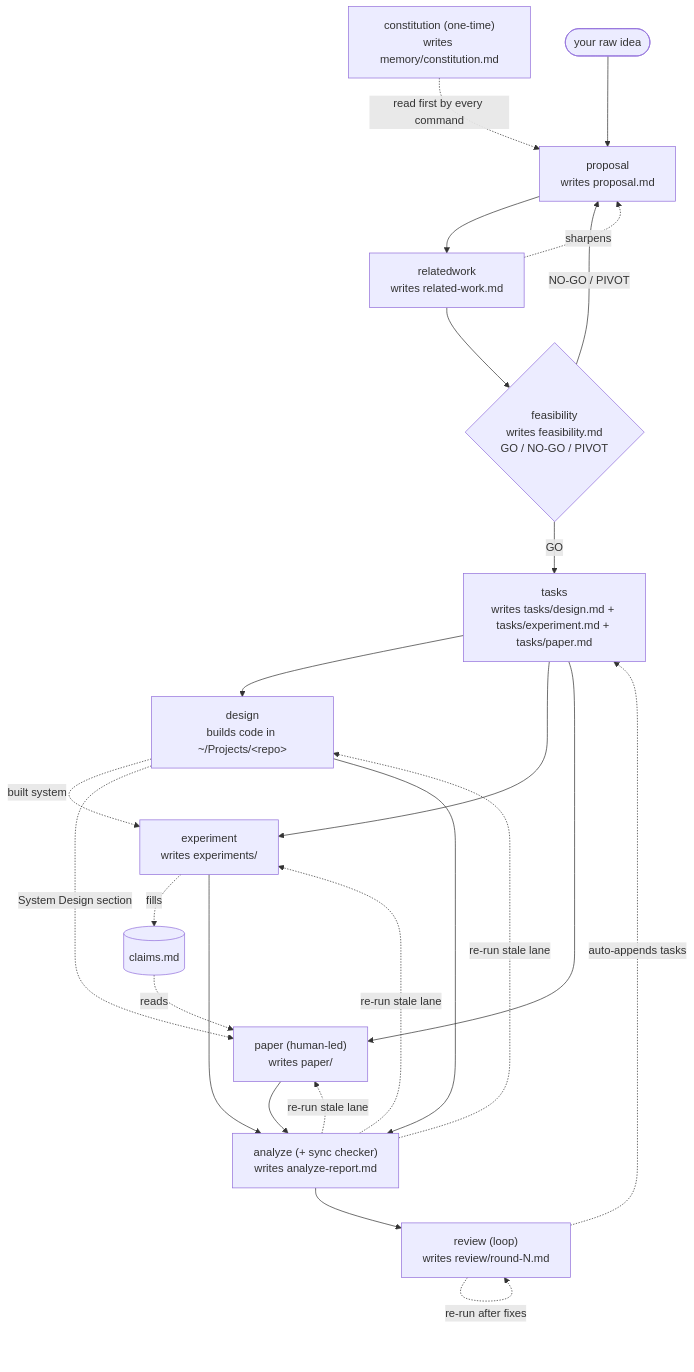
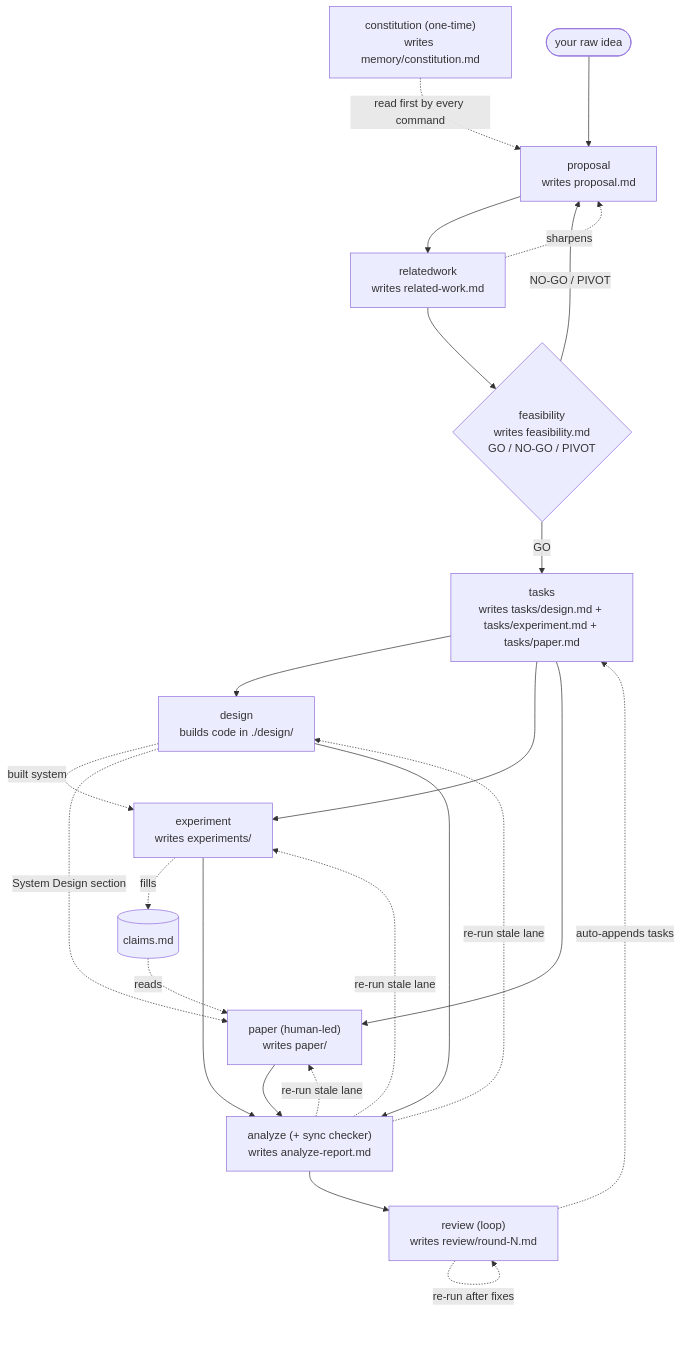
Before and after one commit to jiancui-research/research-kit: the diagram in docs/workflow.md, drawn with Mermaid. The commit also changed other lines of this file and 11 other files, not shown here.

First line of the commit message:
design lane builds into ./design/ at project root; docs stay in .research/

````diff
--- a/docs/workflow.md
+++ b/docs/workflow.md
@@ -7,39 +7,39 @@
 ```mermaid
 flowchart TD
     C["constitution (one-time)<br/>writes memory/constitution.md"]
     I(["your raw idea"])
     P["proposal<br/>writes proposal.md"]
     RW["relatedwork<br/>writes related-work.md"]
     F{"feasibility<br/>writes feasibility.md<br/>GO / NO-GO / PIVOT"}
     T["tasks<br/>writes tasks/design.md + tasks/experiment.md + tasks/paper.md"]
-    D["design<br/>builds code in ~/Projects/&lt;repo&gt;"]
+    D["design<br/>builds code in ./design/"]
     E["experiment<br/>writes experiments/"]
     PA["paper (human-led)<br/>writes paper/"]
     AN["analyze (+ sync checker)<br/>writes analyze-report.md"]
     RV["review (loop)<br/>writes review/round-N.md"]
     CL[("claims.md")]
 
     C -.->|"read first by every command"| P
     I --> P
     P --> RW
     RW --> F
     RW -.->|"sharpens"| P
     F -->|"GO"| T
     F -->|"NO-GO / PIVOT"| P
     T --> D
     T --> E
     T --> PA
     D -.->|"built system"| E
     D -.->|"System Design section"| PA
     E -.->|"fills"| CL
     CL -.->|"reads"| PA
     D --> AN
     E --> AN
     PA --> AN
     AN -.->|"re-run stale lane"| D
     AN -.->|"re-run stale lane"| E
     AN -.->|"re-run stale lane"| PA
     AN --> RV
     RV -.->|"auto-appends tasks"| T
     RV -.->|"re-run after fixes"| RV
 ```
````
